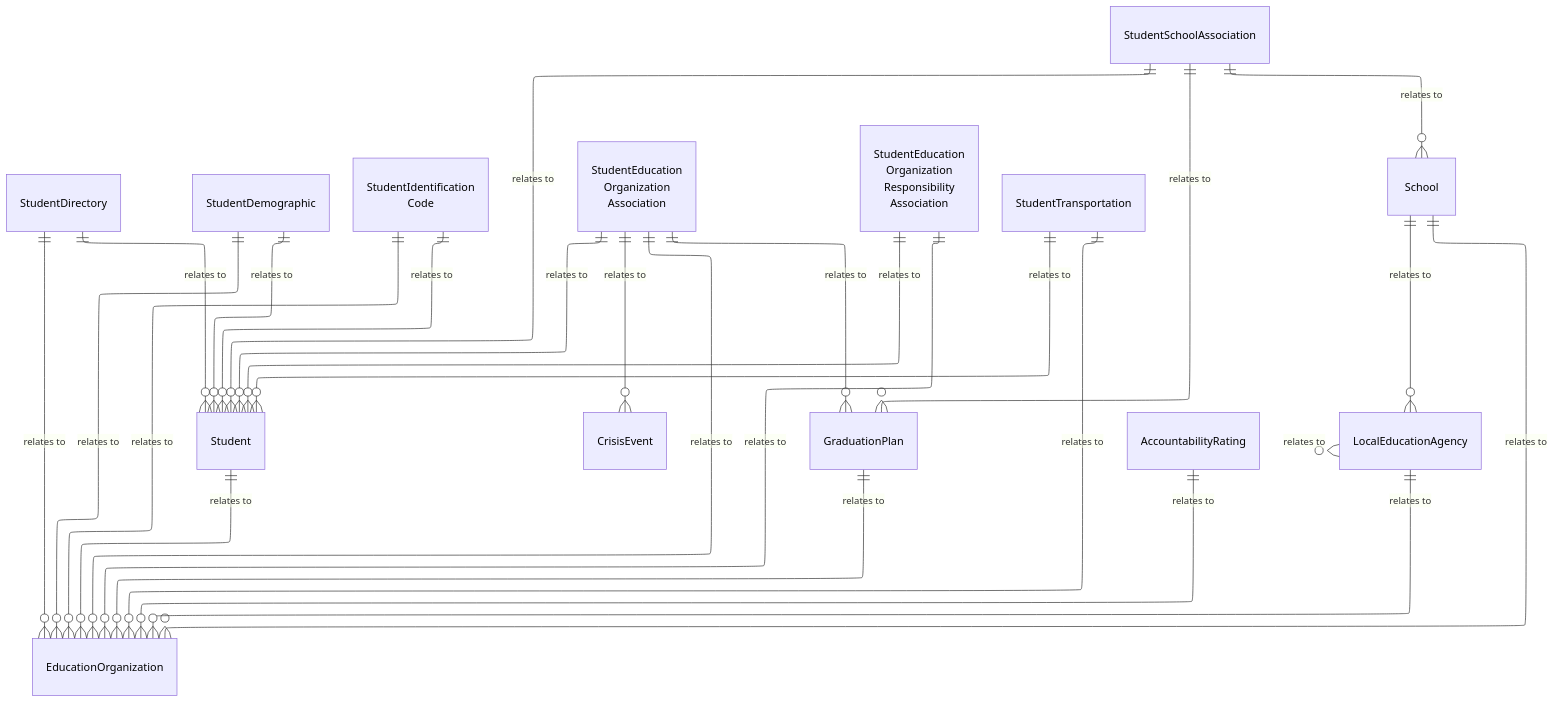
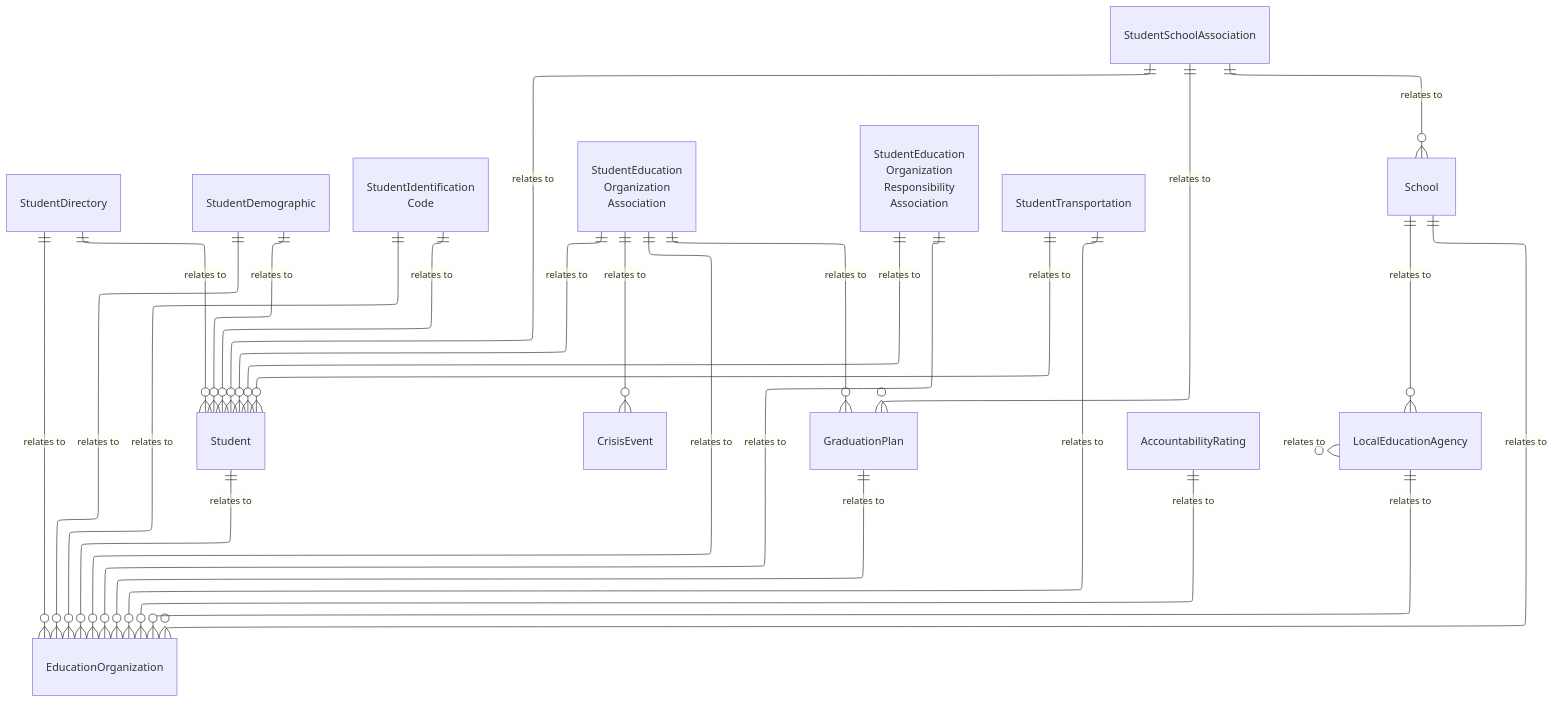
Before and after one commit to Ed-Fi-Alliance-OSS/ed-fi-alliance-oss.github.io: the diagram in dataStandard_versioned_docs/version-6/model-reference/enrollment-domain/model-diagrams.md, drawn with Mermaid. The commit also changed 24 other files, not shown here.

````diff
--- a/dataStandard_versioned_docs/version-6/model-reference/enrollment-domain/model-diagrams.md
+++ b/dataStandard_versioned_docs/version-6/model-reference/enrollment-domain/model-diagrams.md
@@ -10,73 +10,59 @@
 ```mermaid
 ---
 config:
   layout: elk
 ---
 erDiagram
     Student {
     }
     StudentDirectory {
     }
     StudentDemographic {
     }
     StudentIdentificationCode["StudentIdentification<br/>Code"] {
     }
     StudentSchoolAssociation {
     }
     StudentEducationOrganizationAssociation["StudentEducation<br/>Organization<br/>Association"] {
     }
     StudentEducationOrganizationResponsibilityAssociation["StudentEducation<br/>Organization<br/>Responsibility<br/>Association<br/>"] {
     }
     GraduationPlan {
     }
     CrisisEvent {
     }
     StudentTransportation {
     }
     AccountabilityRating {
     }
     EducationOrganization {
     }
     LocalEducationAgency {
     }
     School {
     }
     StudentDirectory ||--o{ Student : "relates to"
     StudentDirectory ||--o{ EducationOrganization : "relates to"
     StudentDemographic ||--o{ Student : "relates to"
     StudentDemographic ||--o{ EducationOrganization : "relates to"
     StudentIdentificationCode ||--o{ Student : "relates to"
     StudentIdentificationCode ||--o{ EducationOrganization : "relates to"
     Student ||--o{ EducationOrganization : "relates to"
     StudentSchoolAssociation ||--o{ Student : "relates to"
     StudentSchoolAssociation ||--o{ School : "relates to"
     StudentSchoolAssociation ||--o{ GraduationPlan : "relates to"
     StudentEducationOrganizationAssociation ||--o{ Student : "relates to"
     StudentEducationOrganizationAssociation ||--o{ EducationOrganization : "relates to"
     StudentEducationOrganizationAssociation ||--o{ CrisisEvent : "relates to"
     StudentEducationOrganizationAssociation ||--o{ GraduationPlan : "relates to"
     StudentEducationOrganizationResponsibilityAssociation ||--o{ Student : "relates to"
     StudentEducationOrganizationResponsibilityAssociation ||--o{ EducationOrganization : "relates to"
     StudentTransportation ||--o{ Student : "relates to"
     StudentTransportation ||--o{ EducationOrganization : "relates to"
     GraduationPlan ||--o{ EducationOrganization : "relates to"
     AccountabilityRating ||--o{ EducationOrganization : "relates to"
     School ||--o{ EducationOrganization : "relates to"
     School ||--o{ LocalEducationAgency : "relates to"
     LocalEducationAgency ||--o{ EducationOrganization : "relates to"
     LocalEducationAgency ||--o{ LocalEducationAgency : "relates to"
-    style Student color:#000000
-    style StudentDirectory color:#000000
-    style StudentDemographic color:#000000
-    style StudentIdentificationCode color:#000000
-    style StudentSchoolAssociation color:#000000
-    style StudentEducationOrganizationAssociation color:#000000
-    style StudentEducationOrganizationResponsibilityAssociation color:#000000
-    style GraduationPlan color:#000000
-    style CrisisEvent color:#000000
-    style StudentTransportation color:#000000
-    style AccountabilityRating color:#000000
-    style EducationOrganization color:#000000
-    style LocalEducationAgency color:#000000
-    style School color:#000000
 ```
````
